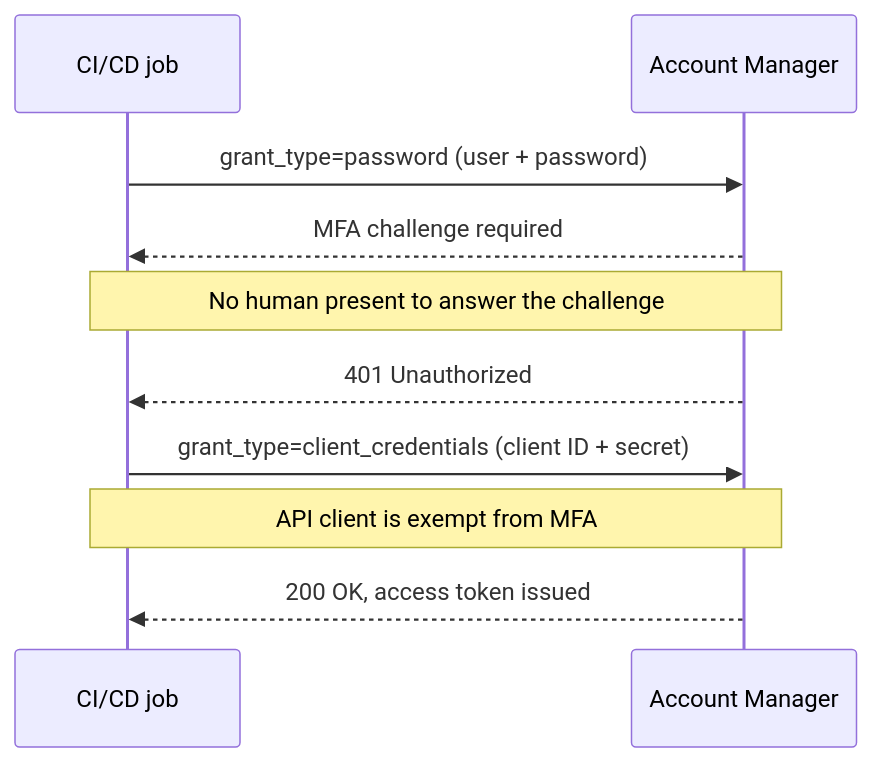
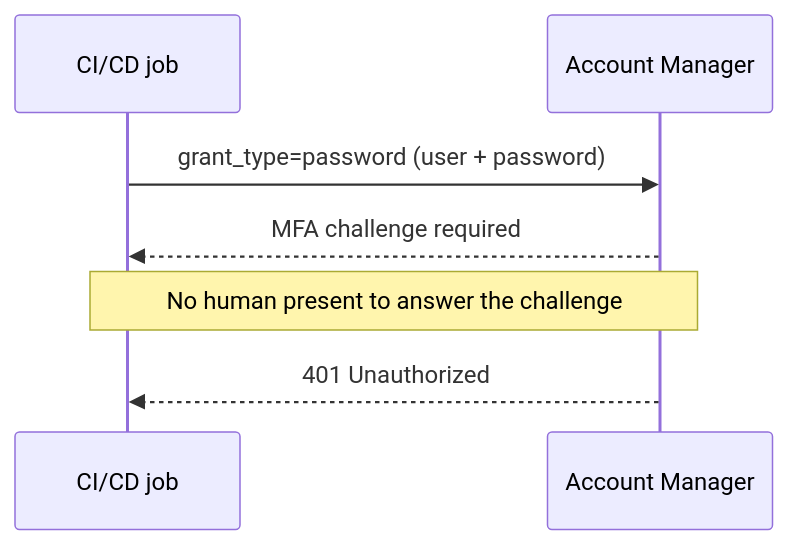
Before and after one commit to taurgis/rhino-inquisitor-com: the first of 3 diagrams in src/content/posts/account-manager-mfa-broke-sfcc-cicd/index.md, drawn with Mermaid. The commit also changed other lines of this file and 3 other files, not shown here.

````diff
--- a/src/content/posts/account-manager-mfa-broke-sfcc-cicd/index.md
+++ b/src/content/posts/account-manager-mfa-broke-sfcc-cicd/index.md
@@ -54,14 +64,10 @@
 ```mermaid
 sequenceDiagram
     participant CI as CI/CD job
     participant AM as Account Manager
 
     CI->>AM: grant_type=password (user + password)
     AM-->>CI: MFA challenge required
     Note over CI,AM: No human present to answer the challenge
     AM-->>CI: 401 Unauthorized
-
-    CI->>AM: grant_type=client_credentials (client ID + secret)
-    Note over CI,AM: API client is exempt from MFA
-    AM-->>CI: 200 OK, access token issued
 ```
````
